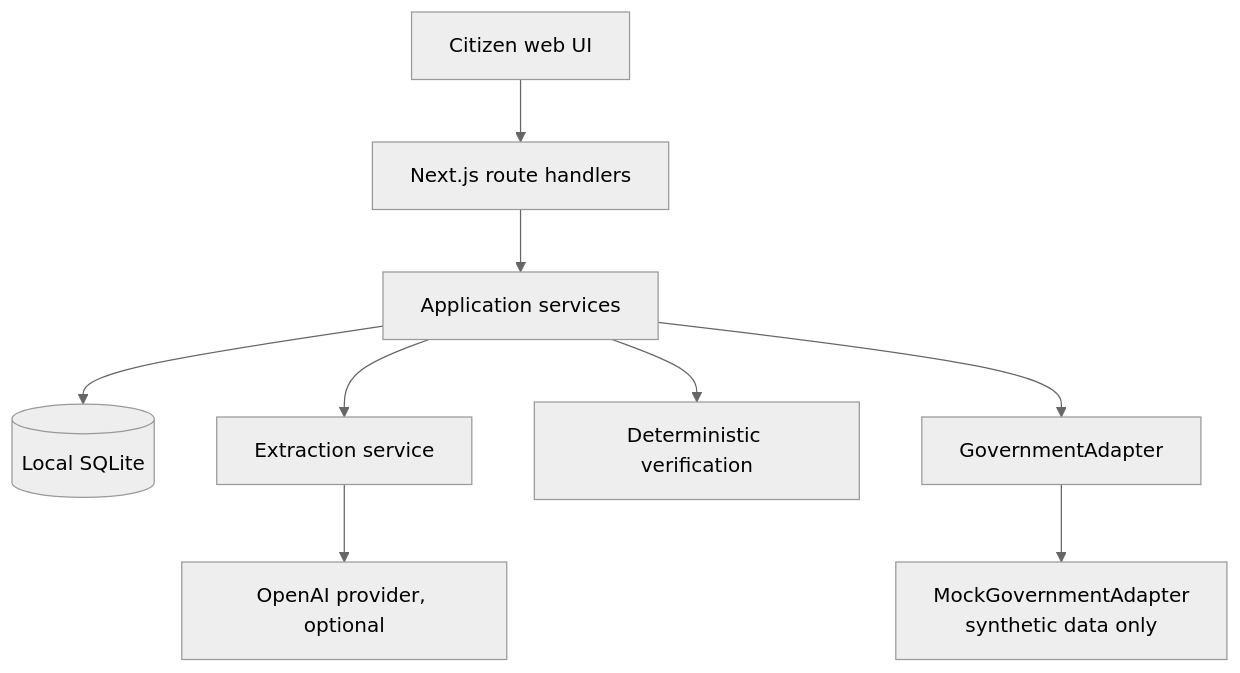
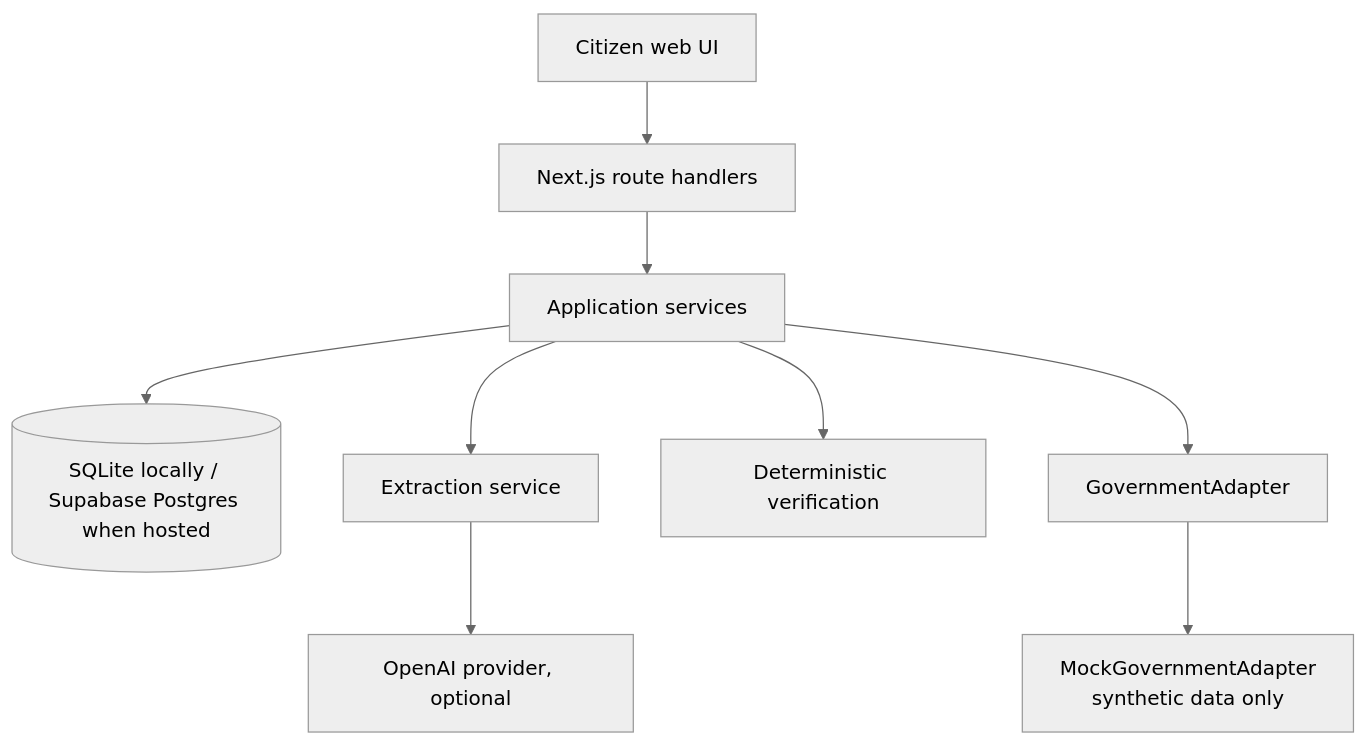
One commit to Haus-Nous/bhoomi-check changed the first of 2 diagrams in docs/PRODUCTION_ARCHITECTURE.md. Above: the diagram before and after it, drawn with Mermaid (neutral theme). The commit also changed other lines of this file and 45 other files, not shown here.

Commit message:
Phase 15: add Supabase Postgres deployment adapter

````diff
--- a/docs/PRODUCTION_ARCHITECTURE.md
+++ b/docs/PRODUCTION_ARCHITECTURE.md
@@ -5,11 +5,11 @@
 ```mermaid
 flowchart TD
   UI[Citizen web UI] --> API[Next.js route handlers]
   API --> APP[Application services]
-  APP --> DB[(Local SQLite)]
+  APP --> DB[(SQLite locally / Supabase Postgres when hosted)]
   APP --> EXT[Extraction service]
   EXT --> OAI[OpenAI provider, optional]
   APP --> VER[Deterministic verification]
   APP --> GOV[GovernmentAdapter]
   GOV --> MOCK[MockGovernmentAdapter\nsynthetic data only]
 ```
````
